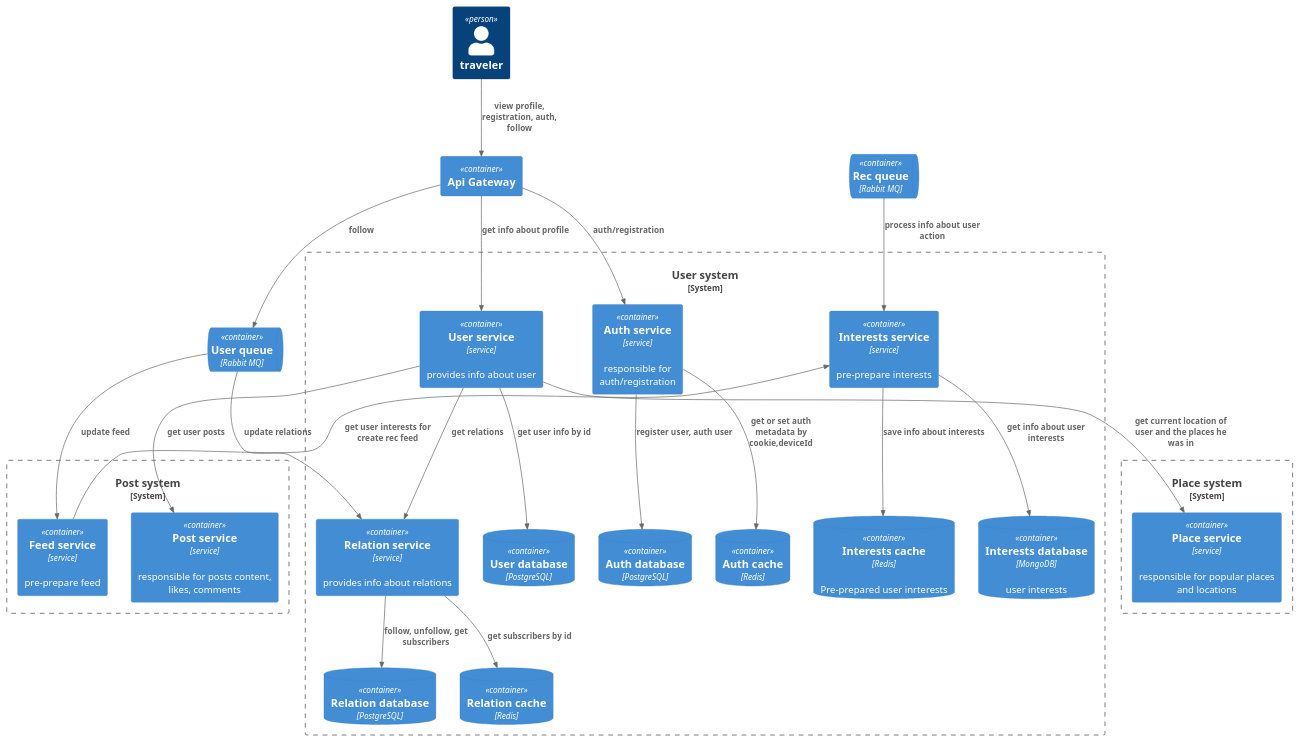
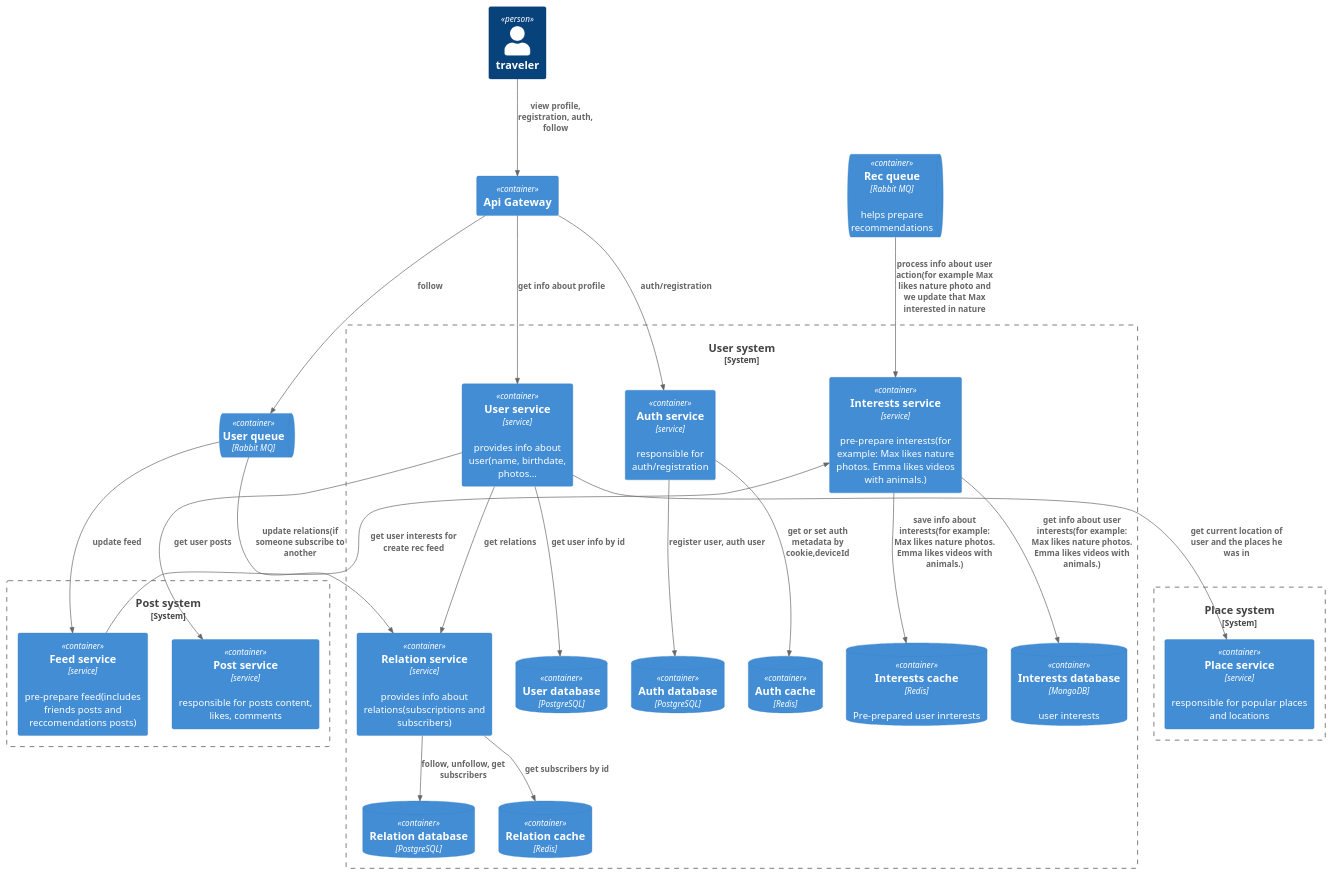
Before and after one commit to danythere/social_network_system_design: the diagram in architecture/user_system/user.puml, drawn with PlantUML. The commit also changed 6 other files, not shown here.

```diff
--- a/architecture/user_system/user.puml
+++ b/architecture/user_system/user.puml
@@ -1,63 +1,63 @@
 @startuml
 !include https://raw.githubusercontent.com/plantuml-stdlib/C4-PlantUML/master/C4_Container.puml
 Person(traveler, "traveler")
 
 
 System_Boundary(userSystem, "User system") {
-   Container(userService, "User service", "service", "provides info about user")
+   Container(userService, "User service", "service", "provides info about user(name, birthdate, photos...")
    ContainerDb(userDb, "User database", "PostgreSQL")
-   Container(relationService, "Relation service", "service", "provides info about relations")
+   Container(relationService, "Relation service", "service", "provides info about relations(subscriptions and subscribers)")
    ContainerDb(relationDb, "Relation database", "PostgreSQL")
    ContainerDb(relationCache, "Relation cache", "Redis")
    Container(authService, "Auth service", "service", "responsible for auth/registration")
    ContainerDb(authDb, "Auth database", "PostgreSQL")
    ContainerDb(authCache, "Auth cache", "Redis")
-   Container(interestsService, "Interests service", "service", "pre-prepare interests")
+   Container(interestsService, "Interests service", "service", "pre-prepare interests(for example: Max likes nature photos. Emma likes videos with animals.)")
    ContainerDb(interestsCache, "Interests cache", "Redis", "Pre-prepared user inrterests")
    ContainerDb(interestsDb, "Interests database", "MongoDB", "user interests")
 }
 
 
 ContainerQueue(userQueue, "User queue", "Rabbit MQ")
 
 
 System_Boundary(postSystem, "Post system") {
   Container(postService, "Post service", "service", "responsible for posts content, likes, comments")
-  Container(feedService, "Feed service", "service", "pre-prepare feed")
+  Container(feedService, "Feed service", "service", "pre-prepare feed(includes friends posts and reccomendations posts)")
 }
 
 System_Boundary(placeSystem, "Place system") {
    Container(placeService, "Place service", "service", "responsible for popular places and locations")
 }
 Container(apiGateway, "Api Gateway")
 
-ContainerQueue(recQueue, "Rec queue", "Rabbit MQ")
+ContainerQueue(recQueue, "Rec queue", "Rabbit MQ", "helps prepare recommendations")
 
 Rel(userService, userDb, "get user info by id")
 Rel(userService, postService, "get user posts")
 Rel(userService, relationService, "get relations")
 Rel(userService, placeService, "get current location of user and the places he was in")
 
 Rel(authService, authDb, "register user, auth user")
 Rel(authService, authCache, "get or set auth metadata by cookie,deviceId")
 
-Rel(interestsService, interestsDb, "get info about user interests")
-Rel(interestsService, interestsCache, "save info about interests")
+Rel(interestsService, interestsDb, "get info about user interests(for example: Max likes nature photos. Emma likes videos with animals.)")
+Rel(interestsService, interestsCache, "save info about interests(for example: Max likes nature photos. Emma likes videos with animals.)")
 
 Rel(relationService, relationDb, "follow, unfollow, get subscribers")
 Rel(relationService, relationCache, "get subscribers by id")
 
-Rel(userQueue, relationService, "update relations")
+Rel(userQueue, relationService, "update relations(if someone subscribe to another")
 Rel(userQueue, feedService, "update feed")
 
 Rel(traveler, apiGateway, "view profile, registration, auth, follow")
 
-Rel(recQueue, interestsService, "process info about user action")
+Rel(recQueue, interestsService, "process info about user action(for example Max likes nature photo and we update that Max interested in nature")
 
 Rel(feedService, interestsService, "get user interests for create rec feed")
 
 
 Rel(apiGateway, userService, "get info about profile")
 Rel(apiGateway, authService, "auth/registration")
 Rel(apiGateway, userQueue, "follow")
 @enduml
```
